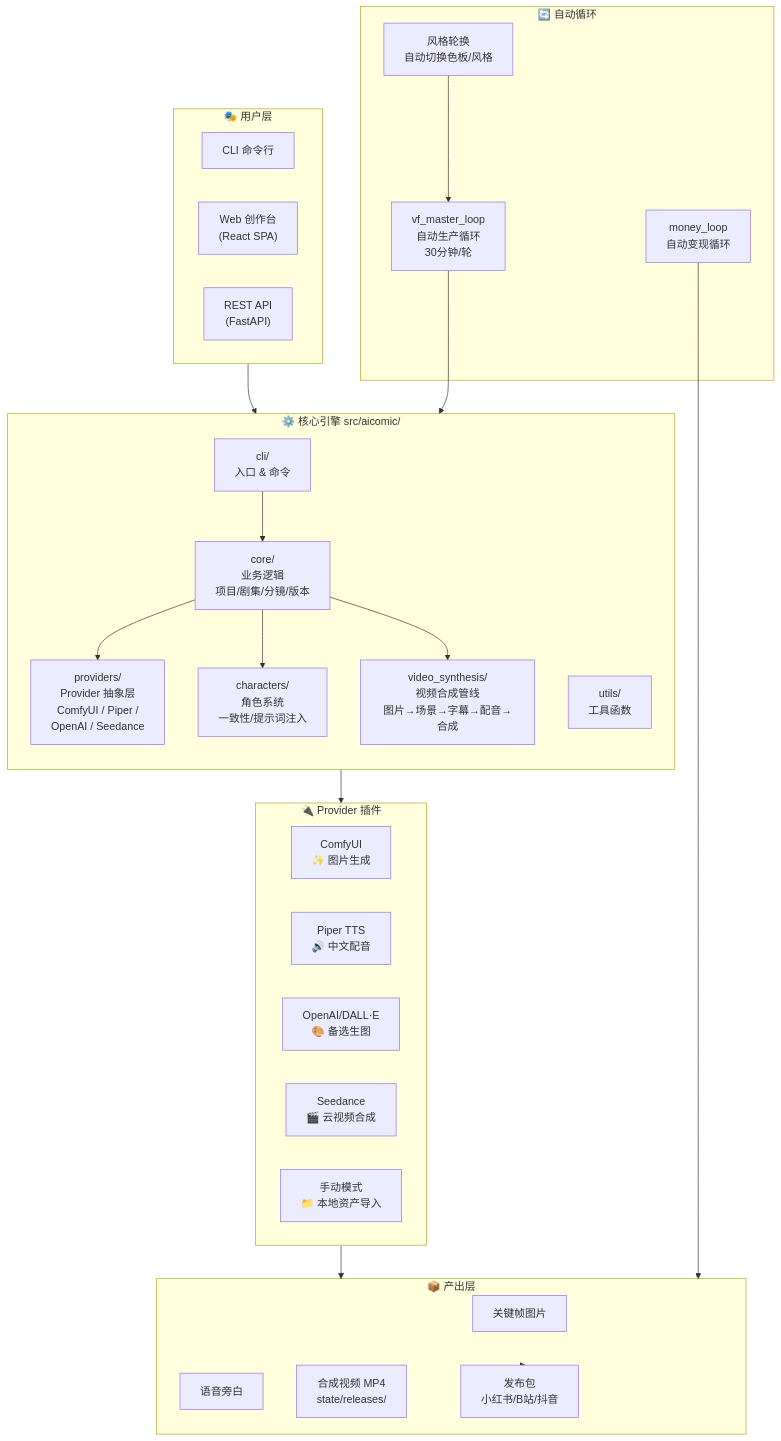
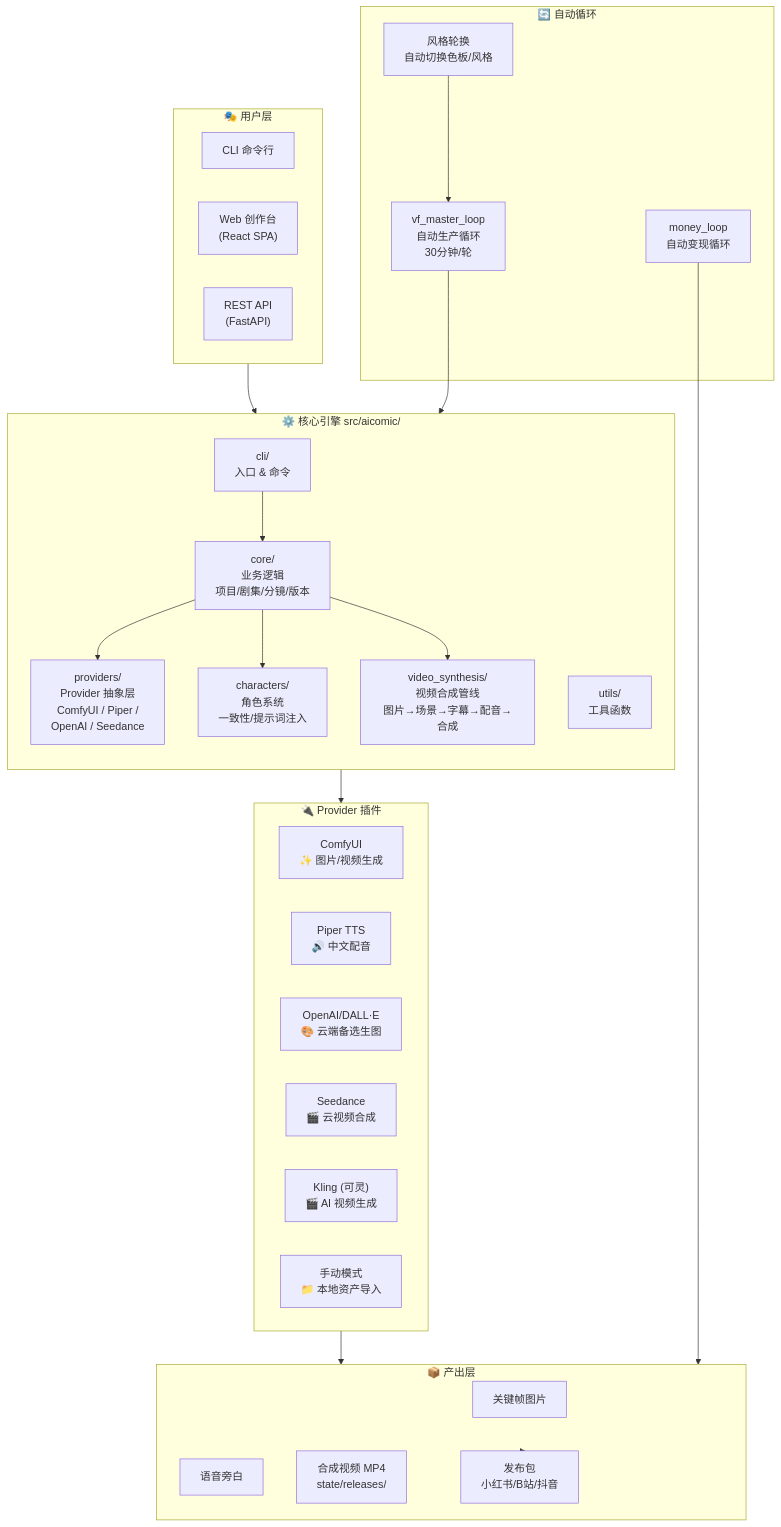
One commit to chfr19820610-cell/AIComics changed the first of 4 diagrams in README.md. Above: the diagram before and after it, drawn with Mermaid. The commit also changed other lines of this file and 34 other files, not shown here.

````diff
--- a/README.md
+++ b/README.md
@@ -47,51 +52,52 @@
 ```mermaid
 graph TB
     subgraph User["🎭 用户层"]
         CLI["CLI 命令行"]
         WEB["Web 创作台<br/>(React SPA)"]
         API["REST API<br/>(FastAPI)"]
     end
 
     subgraph Core["⚙️ 核心引擎 src/aicomic/"]
         direction TB
         CLI_CORE["cli/<br/>入口 & 命令"]
         CORE_BP["core/<br/>业务逻辑<br/>项目/剧集/分镜/版本"]
         PROV["providers/<br/>Provider 抽象层<br/>ComfyUI / Piper /<br/>OpenAI / Seedance"]
         CHAR["characters/<br/>角色系统<br/>一致性/提示词注入"]
         VIDEO_SYNTH["video_synthesis/<br/>视频合成管线<br/>图片→场景→字幕→配音→合成"]
         UTILS["utils/<br/>工具函数"]
         CLI_CORE --> CORE_BP
         CORE_BP --> PROV
         CORE_BP --> CHAR
         CORE_BP --> VIDEO_SYNTH
     end
 
     subgraph Providers["🔌 Provider 插件"]
-        COMFY["ComfyUI<br/>✨ 图片生成"]
+        COMFY["ComfyUI<br/>✨ 图片/视频生成"]
         PIPER["Piper TTS<br/>🔊 中文配音"]
-        OPENAI["OpenAI/DALL·E<br/>🎨 备选生图"]
+        OPENAI["OpenAI/DALL·E<br/>🎨 云端备选生图"]
         SEEDANCE["Seedance<br/>🎬 云视频合成"]
+        KLING["Kling (可灵)<br/>🎬 AI 视频生成"]
         MANUAL["手动模式<br/>📁 本地资产导入"]
     end
 
     subgraph Output["📦 产出层"]
         IMAGES["关键帧图片"]
         AUDIO["语音旁白"]
         VIDEO["合成视频 MP4<br/>state/releases/"]
         PUBLISH["发布包<br/>小红书/B站/抖音"]
     end
 
     subgraph Automation["🔄 自动循环"]
         VF_LOOP["vf_master_loop<br/>自动生产循环<br/>30分钟/轮"]
         MONEY_LOOP["money_loop<br/>自动变现循环"]
         STYLE_ROTATION["风格轮换<br/>自动切换色板/风格"]
     end
 
     User --> Core
     PROV --> Providers
     Providers --> Output
     Output --> PUBLISH
     VF_LOOP --> Core
     MONEY_LOOP --> Output
     STYLE_ROTATION --> VF_LOOP
 ```
````
